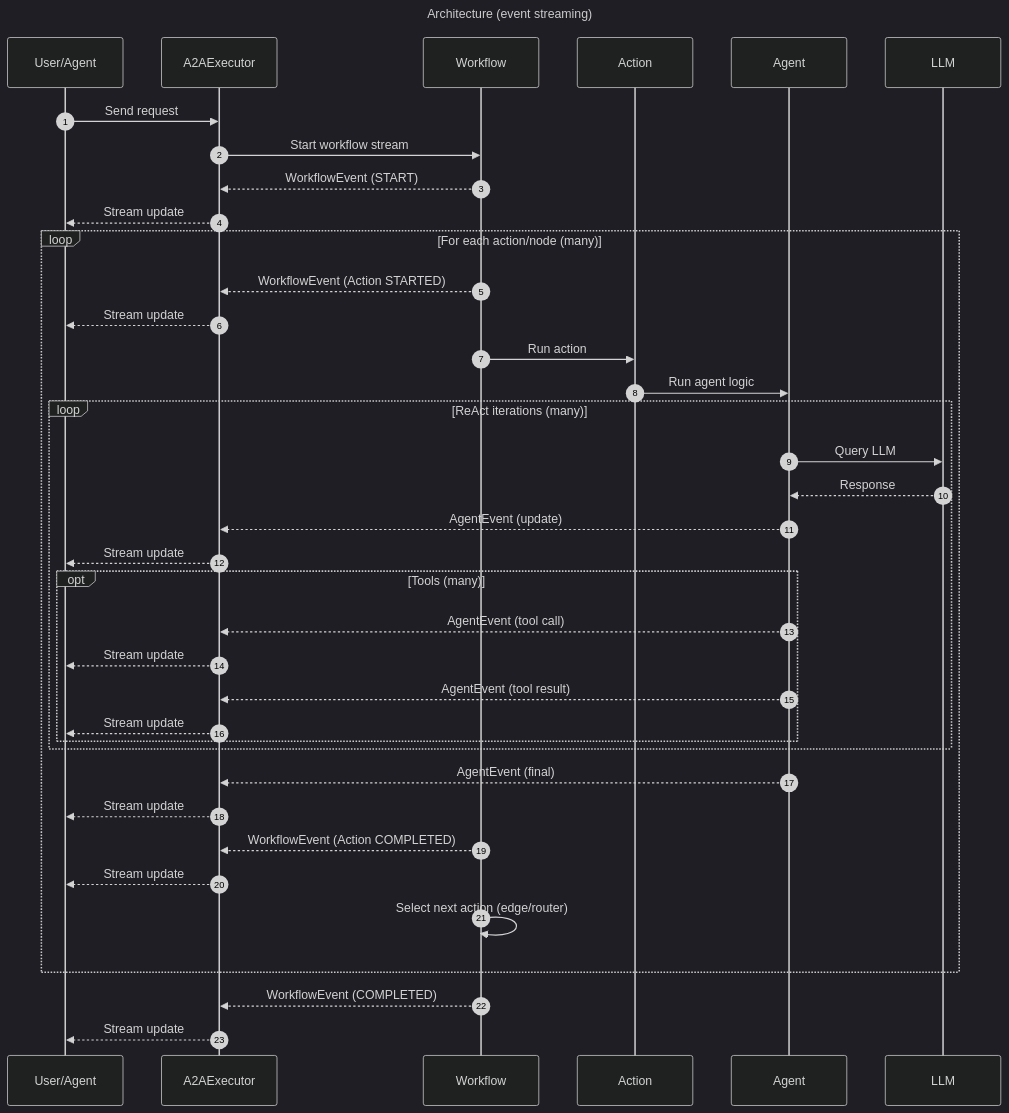
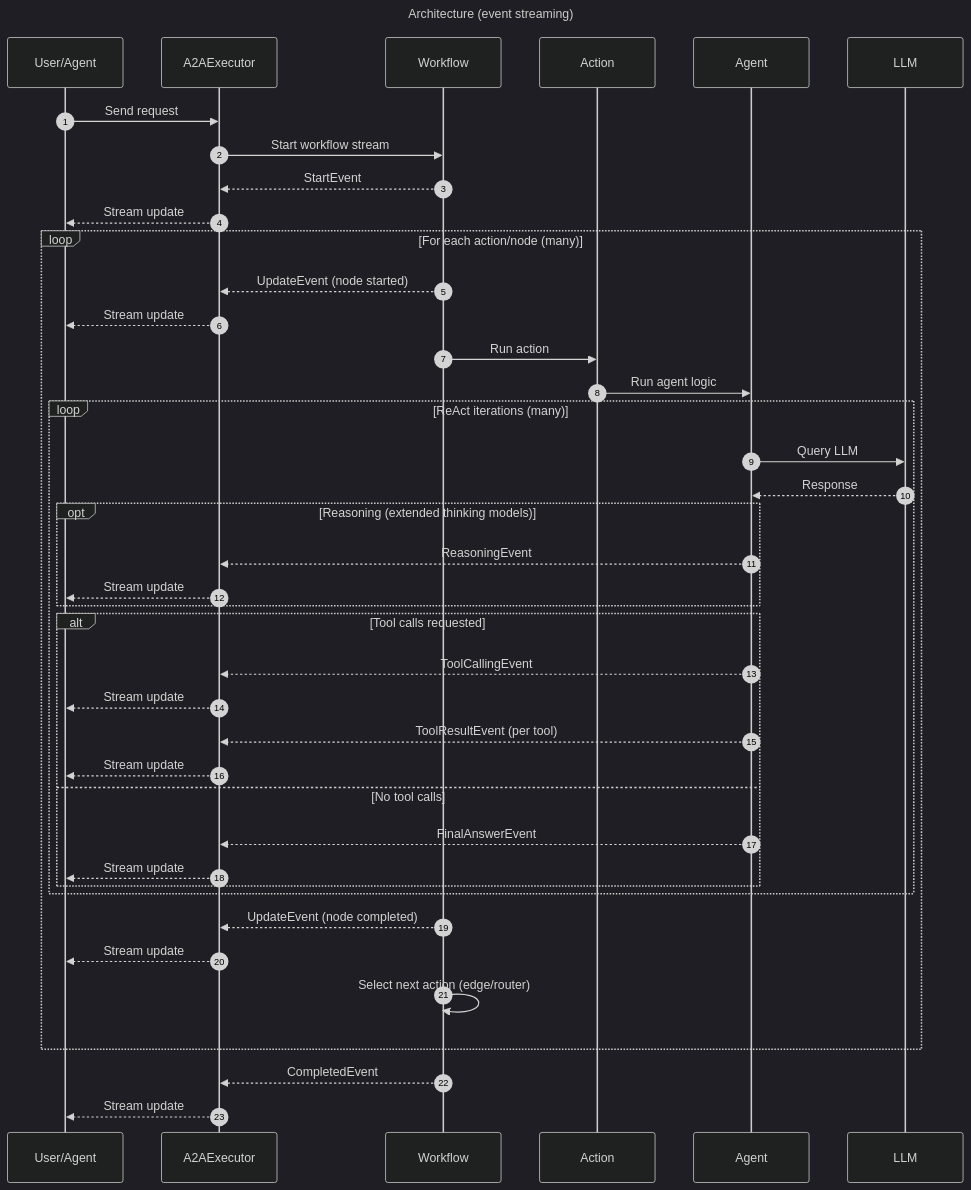
The second of 2 diagrams in docs/docs/architecture/index.md (idea-idsia/ant-ai), drawn with Mermaid (dark theme) before and after one commit. The commit also changed other lines of this file and 6 other files, not shown here.

````diff
--- a/docs/docs/architecture/index.md
+++ b/docs/docs/architecture/index.md
@@ -77,52 +77,55 @@
 ```mermaid
 ---
 title: Architecture (event streaming)
 ---
 sequenceDiagram
     autonumber
     participant Client as User/Agent
     participant Exec as A2AExecutor
     participant WF as Workflow
     participant Act as Action
     participant Agent as Agent
     participant LLM as LLM
 
     Client->>Exec: Send request
     Exec->>WF: Start workflow stream
 
-        WF-->>Exec: WorkflowEvent (START)
+        WF-->>Exec: StartEvent
         Exec-->>Client: Stream update
 
         loop For each action/node (many)
-            WF-->>Exec: WorkflowEvent (Action STARTED)
+            WF-->>Exec: UpdateEvent (node started)
             Exec-->>Client: Stream update
 
             WF->>Act: Run action
             Act->>Agent: Run agent logic
 
             loop ReAct iterations (many)
                 Agent->>LLM: Query LLM
                 LLM-->>Agent: Response
-                Agent-->>Exec: AgentEvent (update)
-                Exec-->>Client: Stream update
 
-                opt Tools (many)
-                    Agent-->>Exec: AgentEvent (tool call)
+                opt Reasoning (extended thinking models)
+                    Agent-->>Exec: ReasoningEvent
                     Exec-->>Client: Stream update
-                    Agent-->>Exec: AgentEvent (tool result)
+                end
+
+                alt Tool calls requested
+                    Agent-->>Exec: ToolCallingEvent
+                    Exec-->>Client: Stream update
+                    Agent-->>Exec: ToolResultEvent (per tool)
+                    Exec-->>Client: Stream update
+                else No tool calls
+                    Agent-->>Exec: FinalAnswerEvent
                     Exec-->>Client: Stream update
                 end
             end
 
-            Agent-->>Exec: AgentEvent (final)
-            Exec-->>Client: Stream update
-
-            WF-->>Exec: WorkflowEvent (Action COMPLETED)
+            WF-->>Exec: UpdateEvent (node completed)
             Exec-->>Client: Stream update
 
             WF->>WF: Select next action (edge/router)
         end
 
-        WF-->>Exec: WorkflowEvent (COMPLETED)
+        WF-->>Exec: CompletedEvent
         Exec-->>Client: Stream update
 ```
````
